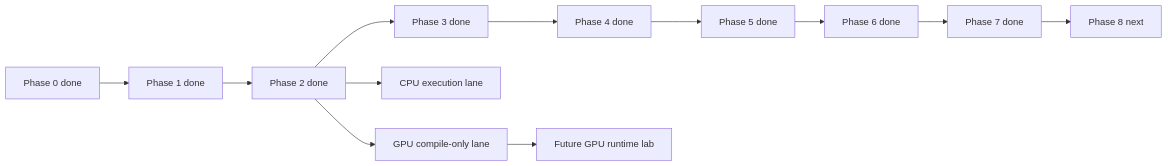
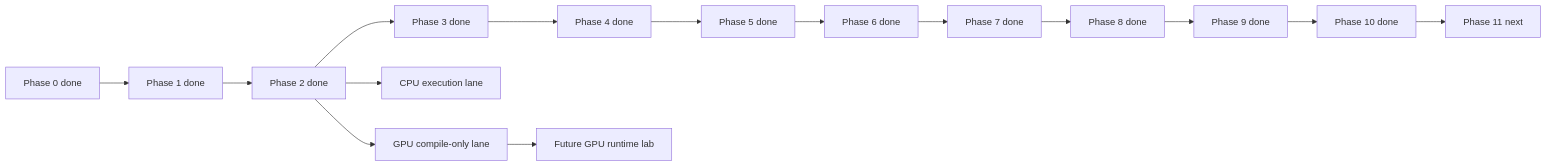
One commit to Murali806/modular changed the diagram in murali_docs/Plan_max_internals_learning.md. Above: the diagram before and after it, drawn with Mermaid. The commit also changed other lines of this file and 6 other files, not shown here.

Commit message:
[Docs] Map graph compilation and Mojo dispatch

````diff
--- a/murali_docs/Plan_max_internals_learning.md
+++ b/murali_docs/Plan_max_internals_learning.md
@@ -56,9 +59,10 @@
 ```mermaid
 flowchart LR
     P0[Phase 0 done] --> P1[Phase 1 done] --> P2[Phase 2 done]
     P2 --> P3[Phase 3 done] --> P4[Phase 4 done] --> P5[Phase 5 done]
-    P5 --> P6[Phase 6 done] --> P7[Phase 7 done] --> P8[Phase 8 next]
+    P5 --> P6[Phase 6 done] --> P7[Phase 7 done] --> P8[Phase 8 done]
+    P8 --> P9[Phase 9 done] --> P10[Phase 10 done] --> P11[Phase 11 next]
     P2 --> CPU[CPU execution lane]
     P2 --> VC[GPU compile-only lane]
     VC --> GL[Future GPU runtime lab]
 ```
````
